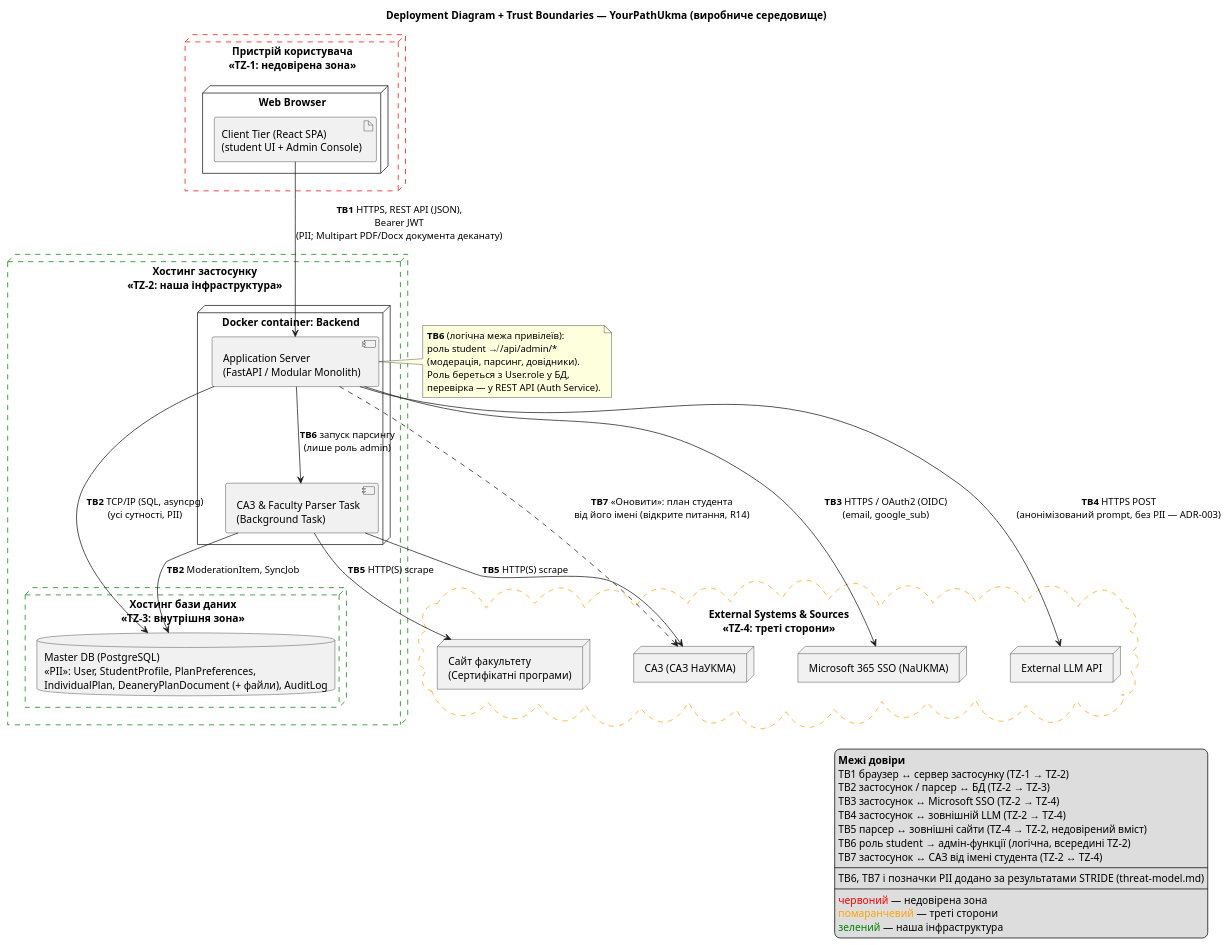
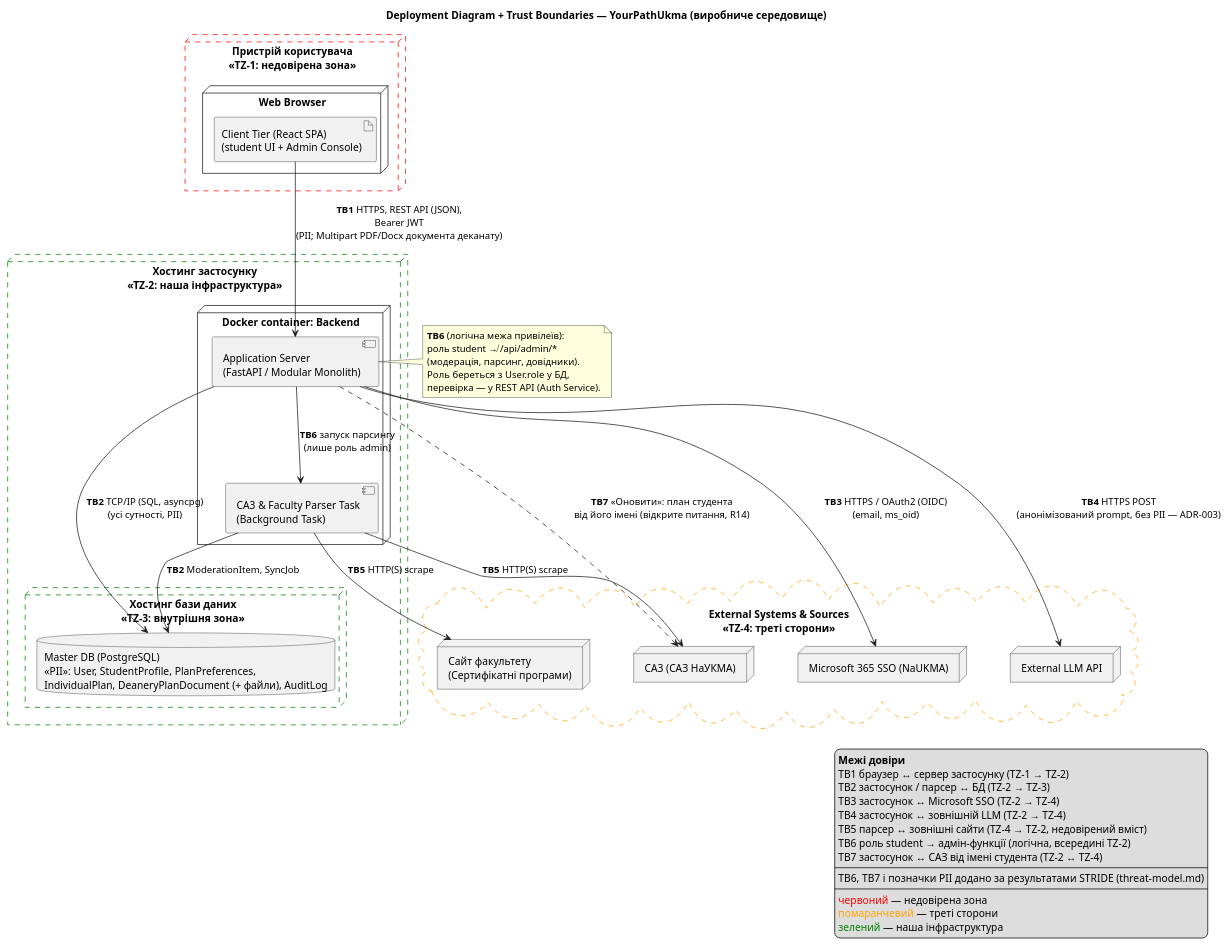
One commit to ukma-fin-ssdm-2026/YourPathUkma changed the diagram in docs/architecture/uml/deployment.puml. Above: the diagram before and after it, drawn with PlantUML. The commit also changed 5 other files, not shown here.

```diff
--- a/docs/architecture/uml/deployment.puml
+++ b/docs/architecture/uml/deployment.puml
@@ -1,72 +1,72 @@
 @startuml
 ' Deployment diagram + межі довіри для STRIDE (threat-model.md).
 ' Додано за результатами STRIDE-аналізу:
 '   TB6 — логічна межа привілеїв student → admin усередині Application Server;
 '   TB7 — «Оновити»: синхронізація плану з САЗ від імені студента (відкрите питання, R14);
 '   на зв'язках позначено, які чутливі дані (PII) перетинають межу;
 '   кольорoві пунктирні рамки зон: червона — недовірена, помаранчева — треті сторони, зелена — наша.
 top to bottom direction
 skinparam componentStyle uml2
 skinparam nodesep 60
 skinparam ranksep 80
 
 title Deployment Diagram + Trust Boundaries — YourPathUkma (виробниче середовище)
 
 node "Пристрій користувача\n<<TZ-1: недовірена зона>>" as ClientZone #line:red;line.dashed;line.bold {
   node "Web Browser" as Browser {
     artifact "Client Tier (React SPA)\n(student UI + Admin Console)" as SPA
   }
 }
 
 node "Хостинг застосунку\n<<TZ-2: наша інфраструктура>>" as Host #line:green;line.dashed;line.bold {
   node "Docker container: Backend" as BackendNode {
     component "Application Server\n(FastAPI / Modular Monolith)" as App
     component "CA3 & Faculty Parser Task\n(Background Task)" as Parser
   }
   node "Хостинг бази даних\n<<TZ-3: внутрішня зона>>" as DBNode #line:green;line.dashed;line.bold {
     database "Master DB (PostgreSQL)\n<<PII>>: User, StudentProfile, PlanPreferences,\nIndividualPlan, DeaneryPlanDocument (+ файли), AuditLog" as DB
   }
 }
 
 cloud "External Systems & Sources\n<<TZ-4: треті сторони>>" as Ext #line:orange;line.dashed;line.bold {
   node "Microsoft 365 SSO (NaUKMA)" as Google
   node "External LLM API" as LLM
   node "CA3 (САЗ НаУКМА)" as CA3
   node "Сайт факультету\n(Сертифікатні програми)" as Faculty
 }
 
 note right of App
   **TB6** (логічна межа привілеїв):
   роль student ↛ /api/admin/*
   (модерація, парсинг, довідники).
   Роль береться з User.role у БД,
   перевірка — у REST API (Auth Service).
 end note
 
 SPA --> App : **TB1** HTTPS, REST API (JSON),\nBearer JWT\n(PII; Multipart PDF/Docx документа деканату)
 App --> DB : **TB2** TCP/IP (SQL, asyncpg)\n(усі сутності, PII)
-App --> Google : **TB3** HTTPS / OAuth2 (OIDC)\n(email, google_sub)
+App --> Google : **TB3** HTTPS / OAuth2 (OIDC)\n(email, ms_oid)
 App --> LLM : **TB4** HTTPS POST\n(анонімізований prompt, без PII — ADR-003)
 App --> Parser : **TB6** запуск парсингу\n(лише роль admin)
 Parser --> CA3 : **TB5** HTTP(S) scrape
 Parser --> Faculty : **TB5** HTTP(S) scrape
 Parser --> DB : **TB2** ModerationItem, SyncJob
 App ..> CA3 : **TB7** «Оновити»: план студента\nвід його імені (відкрите питання, R14)
 
 legend right
   **Межі довіри**
   TB1 браузер ↔ сервер застосунку (TZ-1 → TZ-2)
   TB2 застосунок / парсер ↔ БД (TZ-2 → TZ-3)
   TB3 застосунок ↔ Microsoft SSO (TZ-2 → TZ-4)
   TB4 застосунок ↔ зовнішній LLM (TZ-2 → TZ-4)
   TB5 парсер ↔ зовнішні сайти (TZ-4 → TZ-2, недовірений вміст)
   TB6 роль student → адмін-функції (логічна, всередині TZ-2)
   TB7 застосунок ↔ САЗ від імені студента (TZ-2 ↔ TZ-4)
   ----
   TB6, TB7 і позначки PII додано за результатами STRIDE (threat-model.md)
   ----
   <color:red>червоний</color> — недовірена зона
   <color:orange>помаранчевий</color> — треті сторони
   <color:green>зелений</color> — наша інфраструктура
 end legend
 @enduml
```
